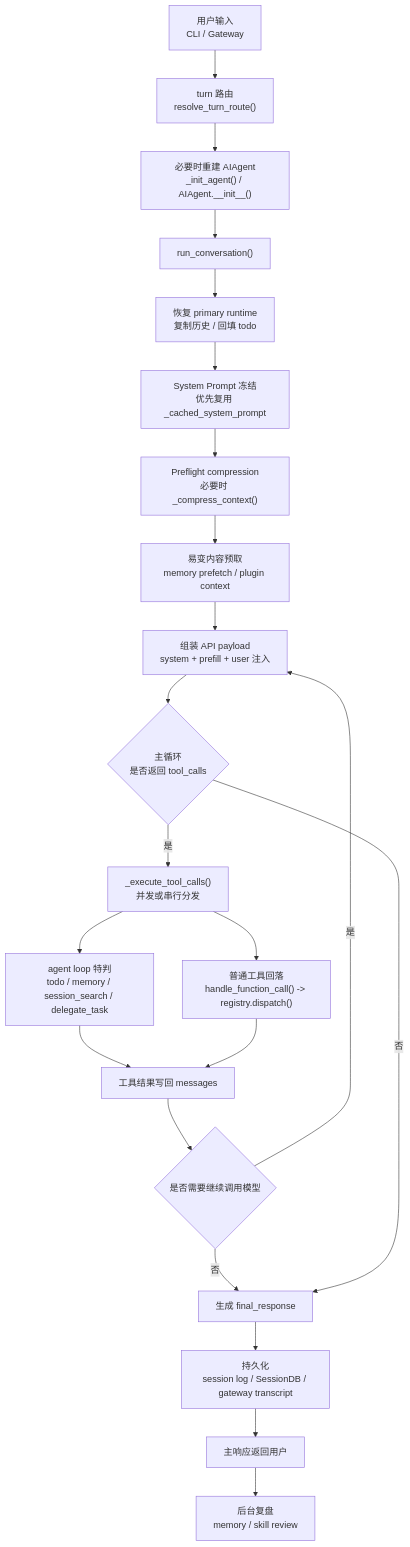
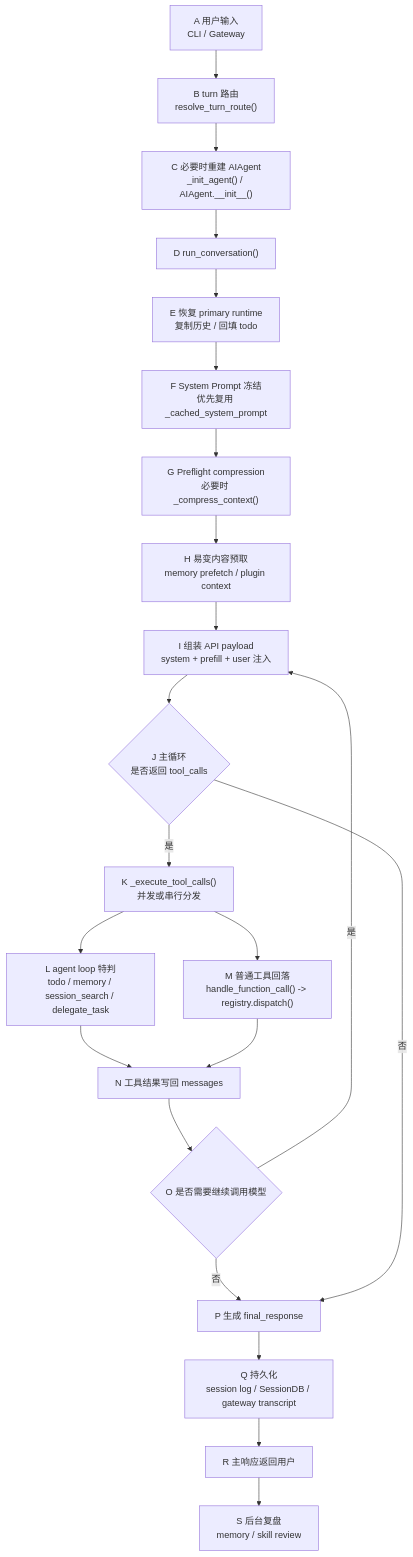
Before and after one commit to tenderne13/hello-hermes: the second of 2 diagrams in 源代码分析_v2026.4.8.md, drawn with Mermaid. The commit also changed other lines of this file and 4 other files, not shown here.

````diff
--- a/源代码分析_v2026.4.8.md
+++ b/源代码分析_v2026.4.8.md
@@ -156,27 +158,27 @@
 ```mermaid
 flowchart TB
-    A["用户输入<br/>CLI / Gateway"] --> B["turn 路由<br/>resolve_turn_route()"]
-    B --> C["必要时重建 AIAgent<br/>_init_agent() / AIAgent.__init__()"]
-    C --> D["run_conversation()"]
+    A["A 用户输入<br/>CLI / Gateway"] --> B["B turn 路由<br/>resolve_turn_route()"]
+    B --> C["C 必要时重建 AIAgent<br/>_init_agent() / AIAgent.__init__()"]
+    C --> D["D run_conversation()"]
 
-    D --> E["恢复 primary runtime<br/>复制历史 / 回填 todo"]
-    E --> F["System Prompt 冻结<br/>优先复用 _cached_system_prompt"]
-    F --> G["Preflight compression<br/>必要时 _compress_context()"]
-    G --> H["易变内容预取<br/>memory prefetch / plugin context"]
-    H --> I["组装 API payload<br/>system + prefill + user 注入"]
+    D --> E["E 恢复 primary runtime<br/>复制历史 / 回填 todo"]
+    E --> F["F System Prompt 冻结<br/>优先复用 _cached_system_prompt"]
+    F --> G["G Preflight compression<br/>必要时 _compress_context()"]
+    G --> H["H 易变内容预取<br/>memory prefetch / plugin context"]
+    H --> I["I 组装 API payload<br/>system + prefill + user 注入"]
 
-    I --> J{"主循环<br/>是否返回 tool_calls"}
-    J -->|是| K["_execute_tool_calls()<br/>并发或串行分发"]
-    K --> L["agent loop 特判<br/>todo / memory / session_search / delegate_task"]
-    K --> M["普通工具回落<br/>handle_function_call() -> registry.dispatch()"]
-    L --> N["工具结果写回 messages"]
+    I --> J{"J 主循环<br/>是否返回 tool_calls"}
+    J -->|是| K["K _execute_tool_calls()<br/>并发或串行分发"]
+    K --> L["L agent loop 特判<br/>todo / memory / session_search / delegate_task"]
+    K --> M["M 普通工具回落<br/>handle_function_call() -> registry.dispatch()"]
+    L --> N["N 工具结果写回 messages"]
     M --> N
-    N --> O{"是否需要继续调用模型"}
+    N --> O{"O 是否需要继续调用模型"}
     O -->|是| I
-    O -->|否| P["生成 final_response"]
+    O -->|否| P["P 生成 final_response"]
 
     J -->|否| P
-    P --> Q["持久化<br/>session log / SessionDB / gateway transcript"]
-    Q --> R["主响应返回用户"]
-    R --> S["后台复盘<br/>memory / skill review"]
+    P --> Q["Q 持久化<br/>session log / SessionDB / gateway transcript"]
+    Q --> R["R 主响应返回用户"]
+    R --> S["S 后台复盘<br/>memory / skill review"]
 ```
````
